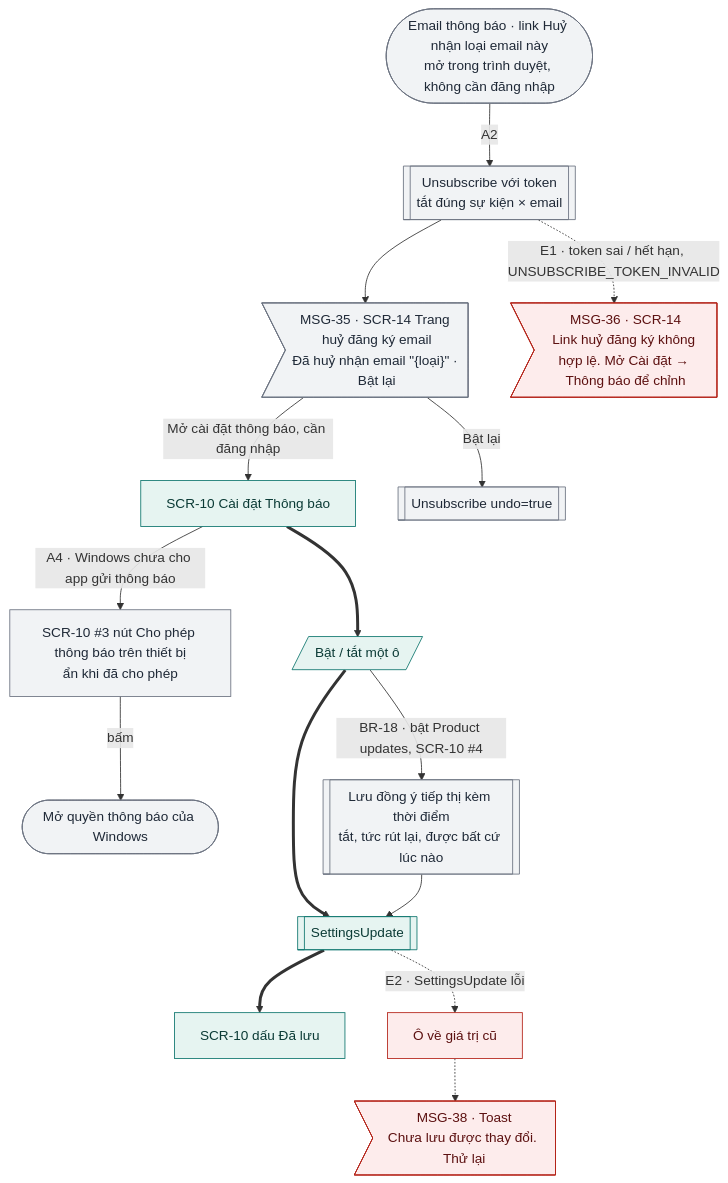
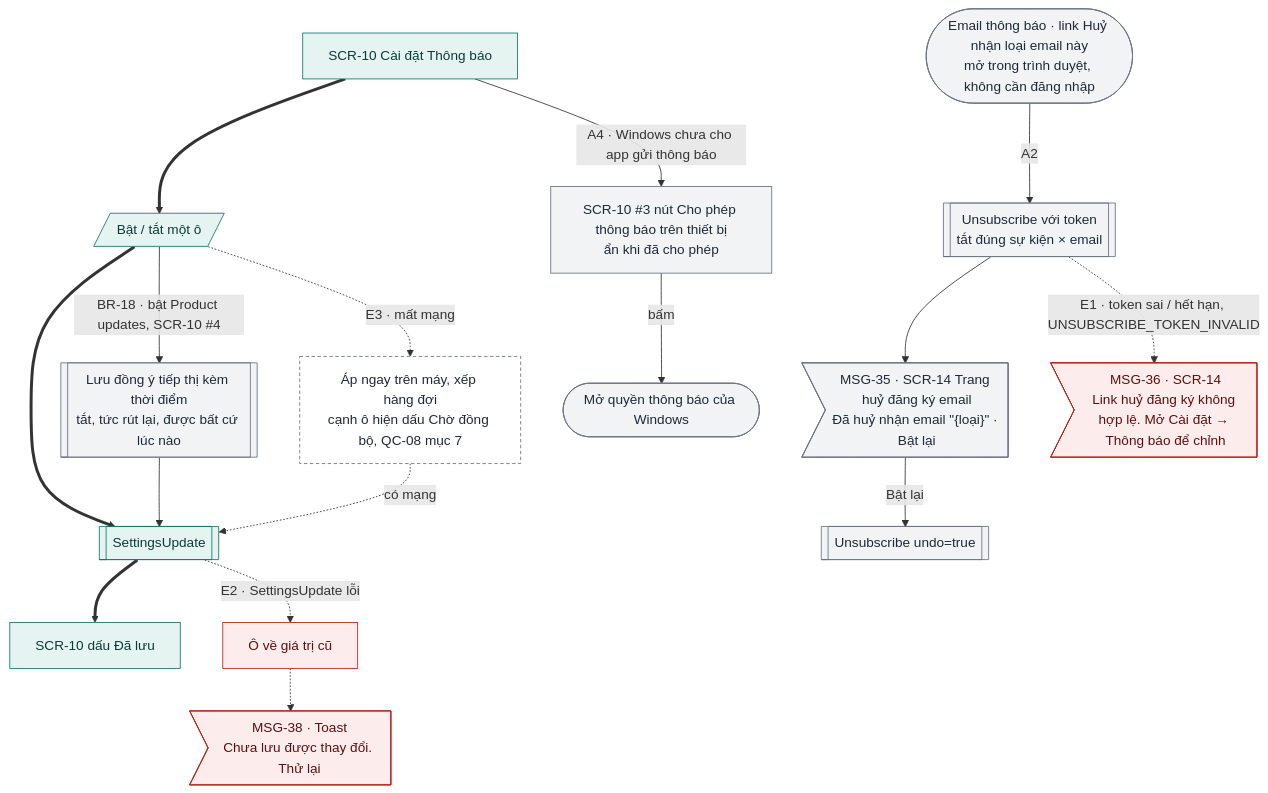
The fourth of 6 diagrams in docs/design-brief/flow/g12-workspace-billing.md (tannguyenho/personal-app), drawn with Mermaid before and after one commit. The commit also changed other lines of this file and 5 other files, not shown here.

First line of the commit message:
docs(G08, G12): áp quyết định PO 09/11 vào SRS, PRD, flow

````diff
--- a/docs/design-brief/flow/g12-workspace-billing.md
+++ b/docs/design-brief/flow/g12-workspace-billing.md
@@ -134,34 +142,36 @@
 ```mermaid
 flowchart TD
   s1["SCR-10 Cài đặt Thông báo"]
   u1[/"Bật / tắt một ô"/]
   p2[["SettingsUpdate"]]
   s2["SCR-10 dấu Đã lưu"]
   s1 ==> u1 ==> p2 ==> s2
 
   s1 -->|"A4 · Windows chưa cho app gửi thông báo"| a4["SCR-10 #3 nút Cho phép thông báo trên thiết bị<br/>ẩn khi đã cho phép"]
   a4 -->|"bấm"| a4b(["Mở quyền thông báo của Windows"])
   u1 -->|"BR-18 · bật Product updates, SCR-10 #4"| pu[["Lưu đồng ý tiếp thị kèm thời điểm<br/>tắt, tức rút lại, được bất cứ lúc nào"]]
   pu --> p2
   mail(["Email thông báo · link Huỷ nhận loại email này<br/>mở trong trình duyệt, không cần đăng nhập"]) -->|"A2"| a2[["Unsubscribe với token<br/>tắt đúng sự kiện × email"]]
   a2 --> a2m>"MSG-35 · SCR-14 Trang huỷ đăng ký email<br/>Đã huỷ nhận email #quot;{loại}#quot; · Bật lại"]
   a2m -->|"Bật lại"| a2u[["Unsubscribe undo=true"]]
-  a2m -->|"Mở cài đặt thông báo, cần đăng nhập"| s1
 
   a2 -.->|"E1 · token sai / hết hạn, UNSUBSCRIBE_TOKEN_INVALID"| e1m>"MSG-36 · SCR-14<br/>Link huỷ đăng ký không hợp lệ. Mở Cài đặt → Thông báo để chỉnh"]
   p2 -.->|"E2 · SettingsUpdate lỗi"| e2["Ô về giá trị cũ"]
   e2 -.-> e2m>"MSG-38 · Toast<br/>Chưa lưu được thay đổi. Thử lại"]
+  u1 -.->|"E3 · mất mạng"| e3["Áp ngay trên máy, xếp hàng đợi<br/>cạnh ô hiện dấu Chờ đồng bộ, QC-08 mục 7"]
+  e3 -.->|"có mạng"| p2
 
   class s1,u1,p2,s2 happy
+  class e3 sync
   class a4,a4b,pu,mail,a2,a2m,a2u alt
   class e1m,e2,e2m err
   classDef happy fill:#E6F4F1,stroke:#0F766E,color:#0B3B36
   classDef alt fill:#F1F3F5,stroke:#6B7280,color:#1F2937
   classDef err fill:#FDECEC,stroke:#B42318,color:#5C1010
   classDef warn fill:#FEF4E2,stroke:#B45309,color:#4A2604
   classDef ai fill:#F1ECFD,stroke:#6D28D9,color:#2E1065
   classDef sync fill:#FFFFFF,stroke:#6B7280,stroke-dasharray:4 3,color:#1F2937
   classDef link fill:#FFFFFF,stroke:#0F766E,stroke-dasharray:4 3,color:#0B3B36
   classDef done fill:#E6F4F1,stroke:#0F766E,stroke-width:3px,color:#0B3B36
   classDef fail fill:#FDECEC,stroke:#B42318,stroke-width:3px,color:#5C1010
 ```
````
